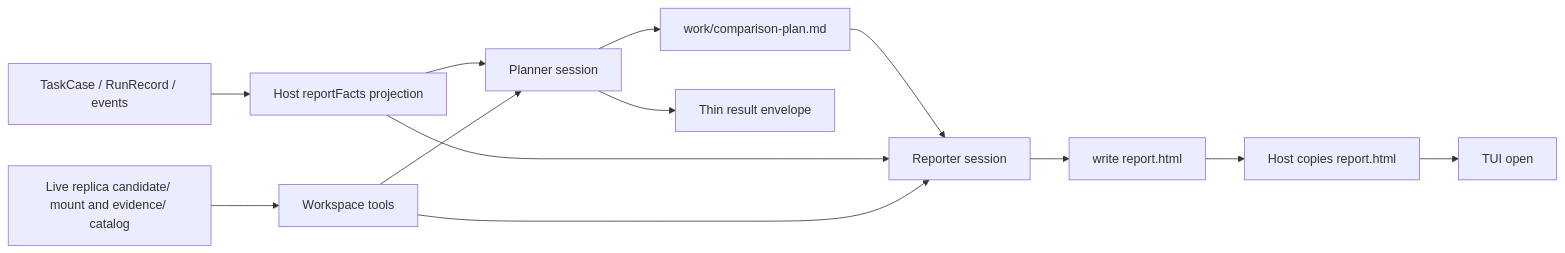
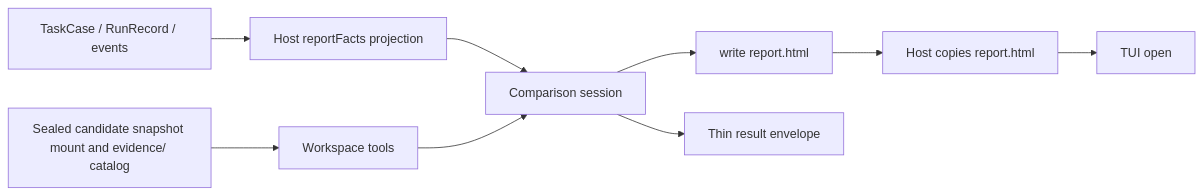
Before and after one commit to caulif/Reprise: the diagram in docs/architecture/comparison.md, drawn with Mermaid. The commit also changed other lines of this file and 286 other files, not shown here.

````diff
--- a/docs/architecture/comparison.md
+++ b/docs/architecture/comparison.md
@@ -11,15 +11,11 @@
 ```mermaid
 flowchart LR
   A[TaskCase / RunRecord / events] --> B[Host reportFacts projection]
-  C[Live replica candidate/ mount and evidence/ catalog] --> D[Workspace tools]
-  B --> E[Planner session]
+  C[Sealed candidate snapshot mount and evidence/ catalog] --> D[Workspace tools]
+  B --> E[Comparison session]
   D --> E
-  E --> P[work/comparison-plan.md]
-  P --> R[Reporter session]
-  B --> R
-  D --> R
-  R --> F[write report.html]
+  E --> F[write report.html]
   F --> G[Host copies report.html]
   E --> H[Thin result envelope]
   G --> I[TUI open]
 ```
````
